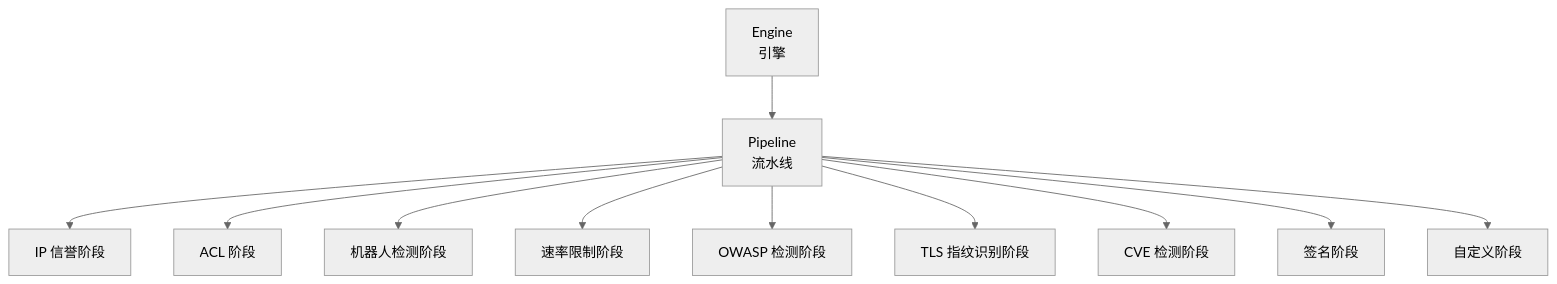
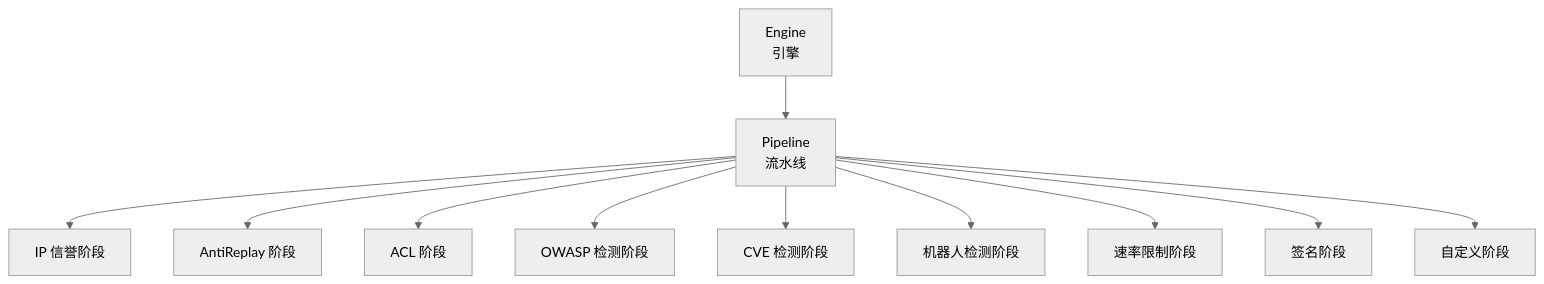
Before and after one commit to x01n/My-OpenWaf: the first of 11 diagrams in docs/WAF 引擎系统/处理阶段详解/处理阶段详解.md, drawn with Mermaid (neutral theme). The commit also changed other lines of this file and 354 other files, not shown here.

````diff
--- a/docs/WAF 引擎系统/处理阶段详解/处理阶段详解.md
+++ b/docs/WAF 引擎系统/处理阶段详解/处理阶段详解.md
@@ -37,13 +37,13 @@
 ```mermaid
 graph TB
 Engine["Engine<br/>引擎"] --> Pipeline["Pipeline<br/>流水线"]
 Pipeline --> Phase_IPRep["IP 信誉阶段"]
+Pipeline --> Phase_AR["AntiReplay 阶段"]
 Pipeline --> Phase_ACL["ACL 阶段"]
+Pipeline --> Phase_OWASP["OWASP 检测阶段"]
+Pipeline --> Phase_CVE["CVE 检测阶段"]
 Pipeline --> Phase_Bot["机器人检测阶段"]
 Pipeline --> Phase_Rate["速率限制阶段"]
-Pipeline --> Phase_OWASP["OWASP 检测阶段"]
-Pipeline --> Phase_TLS["TLS 指纹识别阶段"]
-Pipeline --> Phase_CVE["CVE 检测阶段"]
 Pipeline --> Phase_Sig["签名阶段"]
 Pipeline --> Phase_Custom["自定义阶段"]
 ```
````
